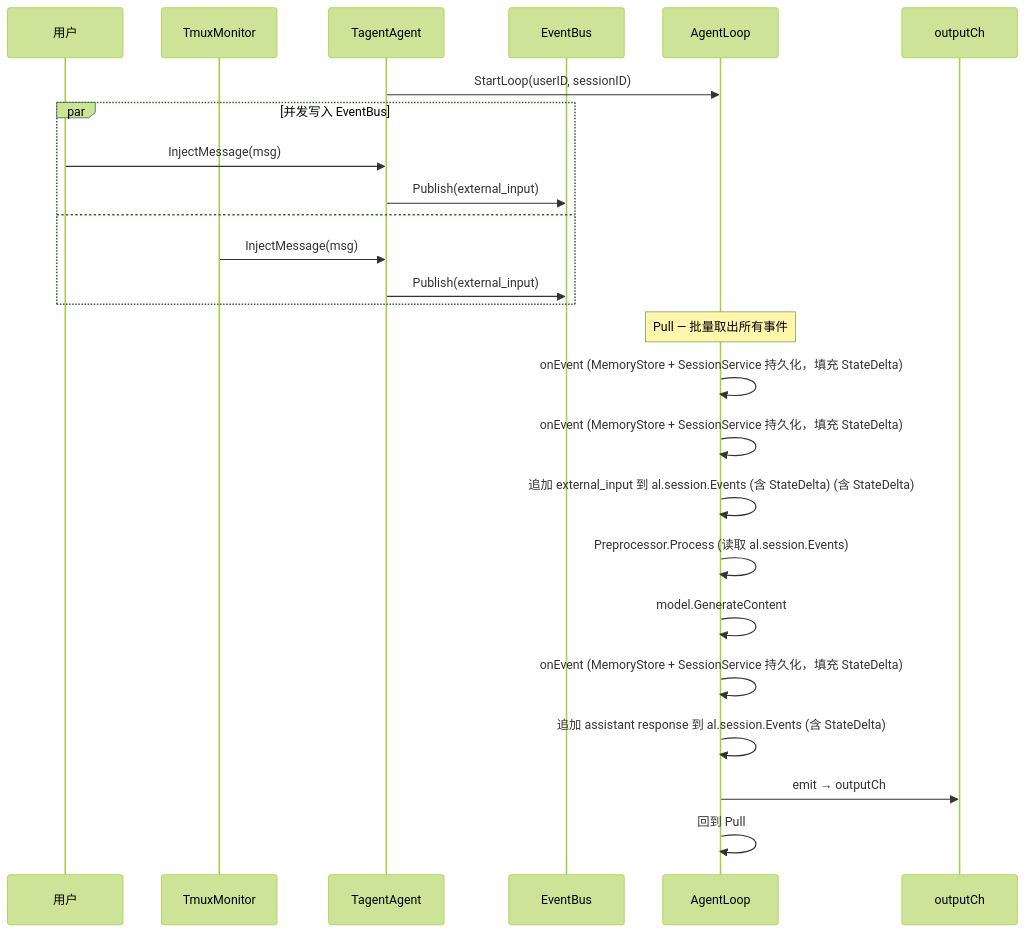
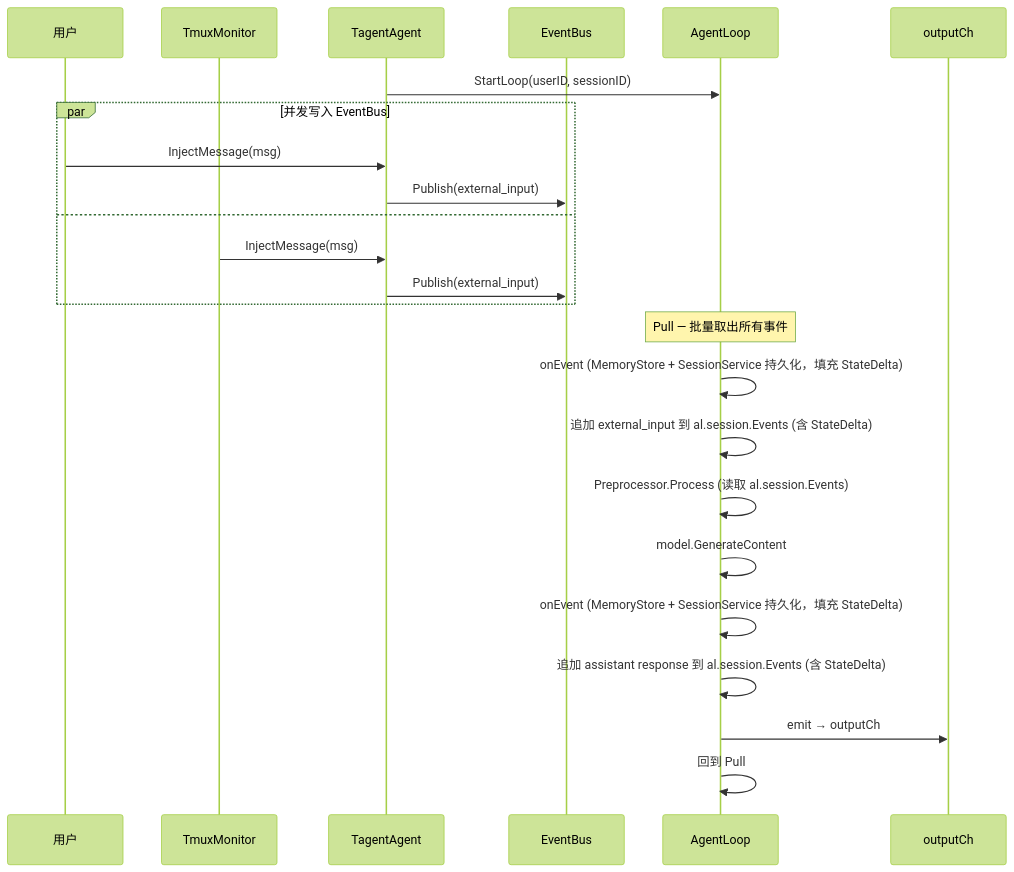
The fourth of 8 diagrams in docs/wiki/agent/agent-architecture.md (SpellingDragon/tagent), drawn with Mermaid (forest theme) before and after one commit. The commit also changed other lines of this file and 2 other files, not shown here.

First line of the commit message:
docs: sync wiki and README with activeBus refactor and tool execution flow

````diff
--- a/docs/wiki/agent/agent-architecture.md
+++ b/docs/wiki/agent/agent-architecture.md
@@ -578,30 +579,29 @@
 ```mermaid
 sequenceDiagram
     participant U as 用户
     participant TM as TmuxMonitor
     participant TA as TagentAgent
     participant EB as EventBus
     participant AL as AgentLoop
     participant OC as outputCh
 
     TA->>AL: StartLoop(userID, sessionID)
 
     par 并发写入 EventBus
       U->>TA: InjectMessage(msg)
       TA->>EB: Publish(external_input)
     and
       TM->>TA: InjectMessage(msg)
       TA->>EB: Publish(external_input)
     end
 
     Note over AL: Pull — 批量取出所有事件
     AL->>AL: onEvent (MemoryStore + SessionService 持久化，填充 StateDelta)
-    AL->>AL: onEvent (MemoryStore + SessionService 持久化，填充 StateDelta)
-    AL->>AL: 追加 external_input 到 al.session.Events (含 StateDelta) (含 StateDelta)
+    AL->>AL: 追加 external_input 到 al.session.Events (含 StateDelta)
     AL->>AL: Preprocessor.Process (读取 al.session.Events)
     AL->>AL: model.GenerateContent
     AL->>AL: onEvent (MemoryStore + SessionService 持久化，填充 StateDelta)
     AL->>AL: 追加 assistant response 到 al.session.Events (含 StateDelta)
     AL->>OC: emit → outputCh
     AL->>AL: 回到 Pull
 ```
````
